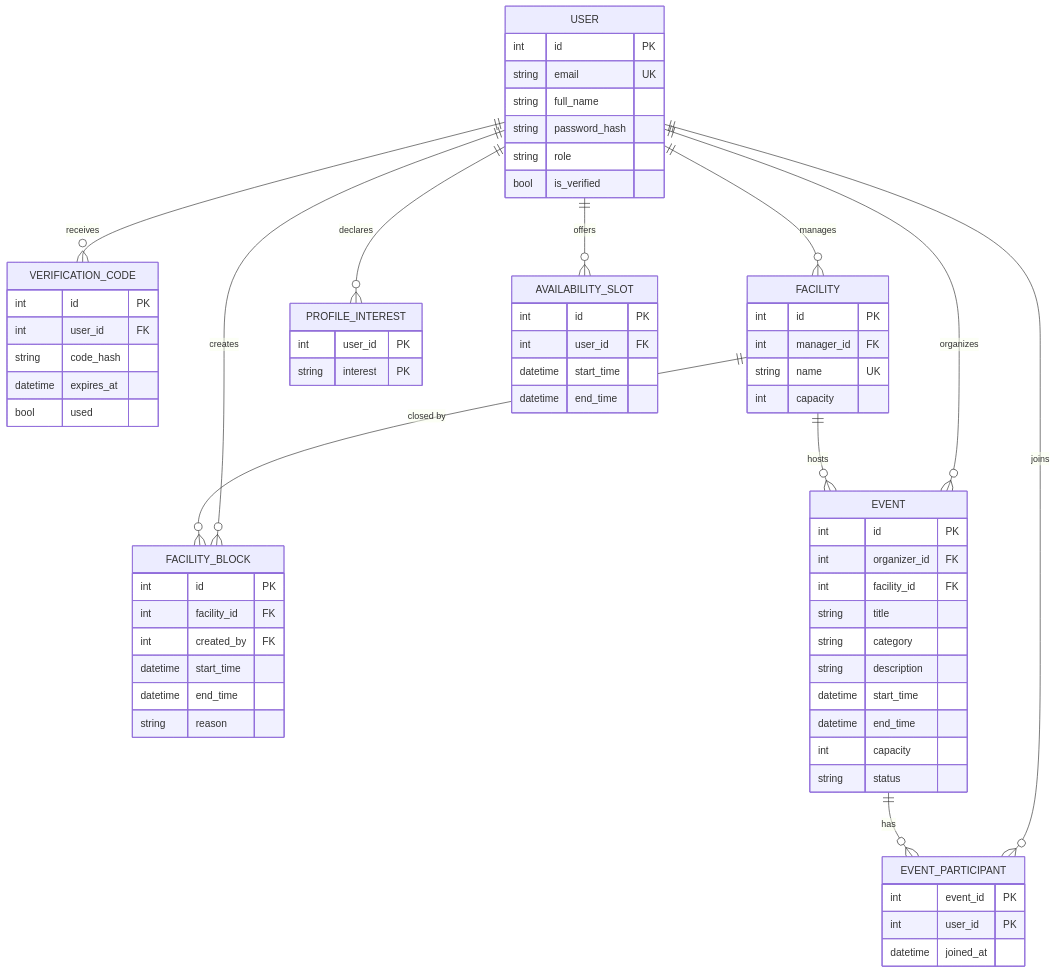
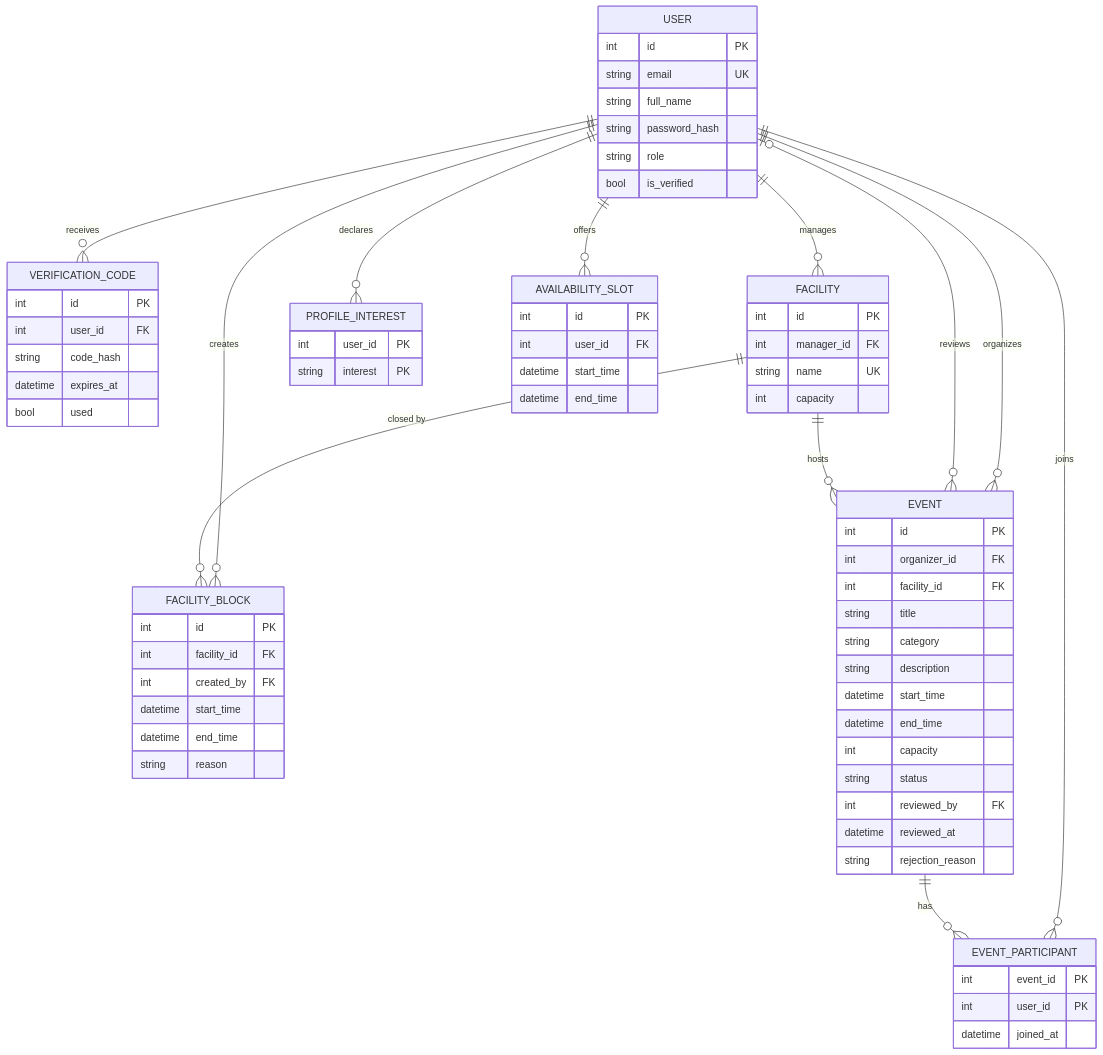
Before and after one commit to emir-heval-arda-harun/CMPE-331-project: the diagram in docs/analysis/data/er_diagram.mmd, drawn with Mermaid. The commit also changed 56 other files, not shown here.

```diff
--- a/docs/analysis/data/er_diagram.mmd
+++ b/docs/analysis/data/er_diagram.mmd
@@ -1,68 +1,72 @@
 erDiagram
     USER ||--o{ VERIFICATION_CODE : receives
     USER ||--o{ FACILITY : manages
     USER ||--o{ FACILITY_BLOCK : "creates"
     USER ||--o{ PROFILE_INTEREST : declares
     USER ||--o{ AVAILABILITY_SLOT : offers
     USER ||--o{ EVENT : organizes
+    USER |o--o{ EVENT : reviews
     USER ||--o{ EVENT_PARTICIPANT : joins
     EVENT ||--o{ EVENT_PARTICIPANT : has
     FACILITY ||--o{ EVENT : hosts
     FACILITY ||--o{ FACILITY_BLOCK : "closed by"
 
     USER {
         int id PK
         string email UK
         string full_name
         string password_hash
         string role
         bool is_verified
     }
     VERIFICATION_CODE {
         int id PK
         int user_id FK
         string code_hash
         datetime expires_at
         bool used
     }
     PROFILE_INTEREST {
         int user_id PK
         string interest PK
     }
     AVAILABILITY_SLOT {
         int id PK
         int user_id FK
         datetime start_time
         datetime end_time
     }
     FACILITY {
         int id PK
         int manager_id FK
         string name UK
         int capacity
     }
     FACILITY_BLOCK {
         int id PK
         int facility_id FK
         int created_by FK
         datetime start_time
         datetime end_time
         string reason
     }
     EVENT {
         int id PK
         int organizer_id FK
         int facility_id FK
         string title
         string category
         string description
         datetime start_time
         datetime end_time
         int capacity
         string status
+        int reviewed_by FK
+        datetime reviewed_at
+        string rejection_reason
     }
     EVENT_PARTICIPANT {
         int event_id PK
         int user_id PK
         datetime joined_at
     }
```
